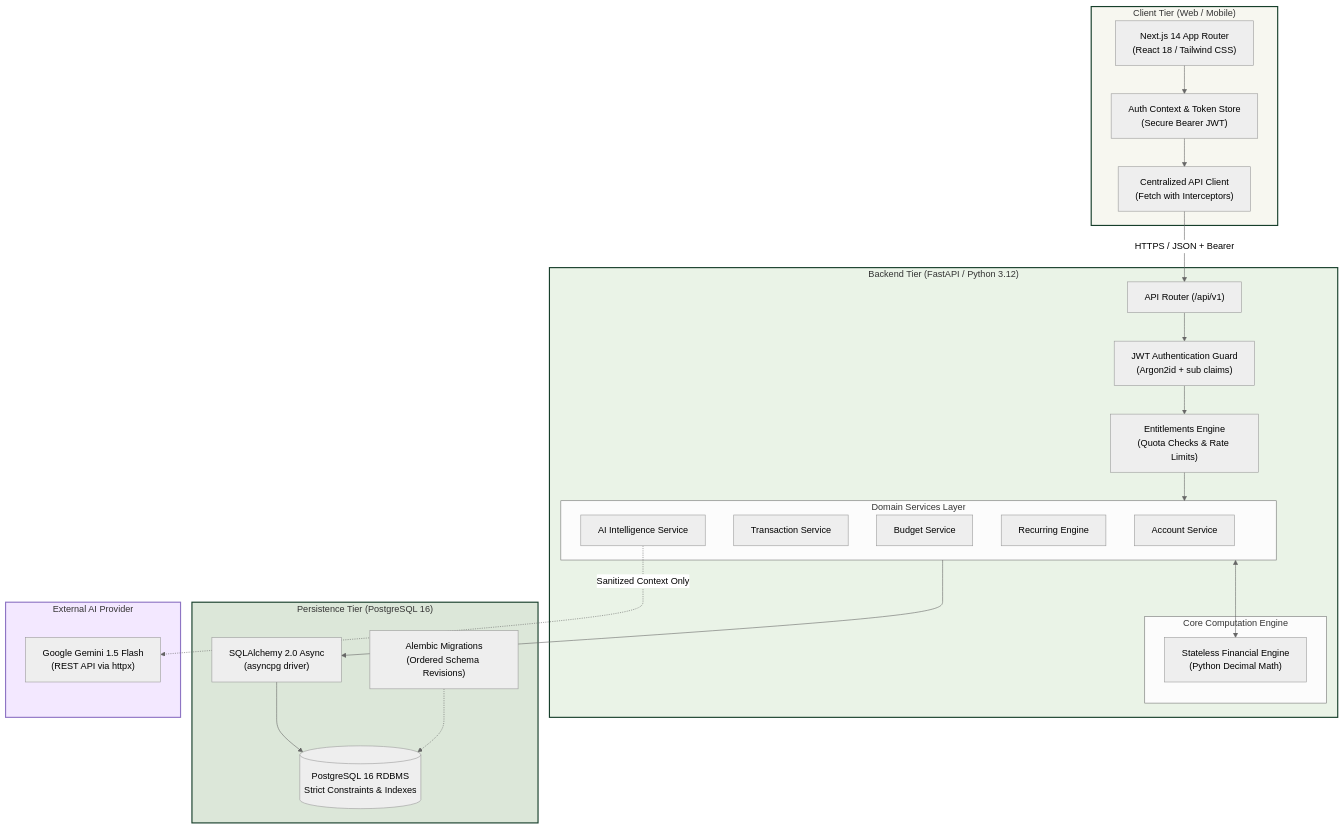
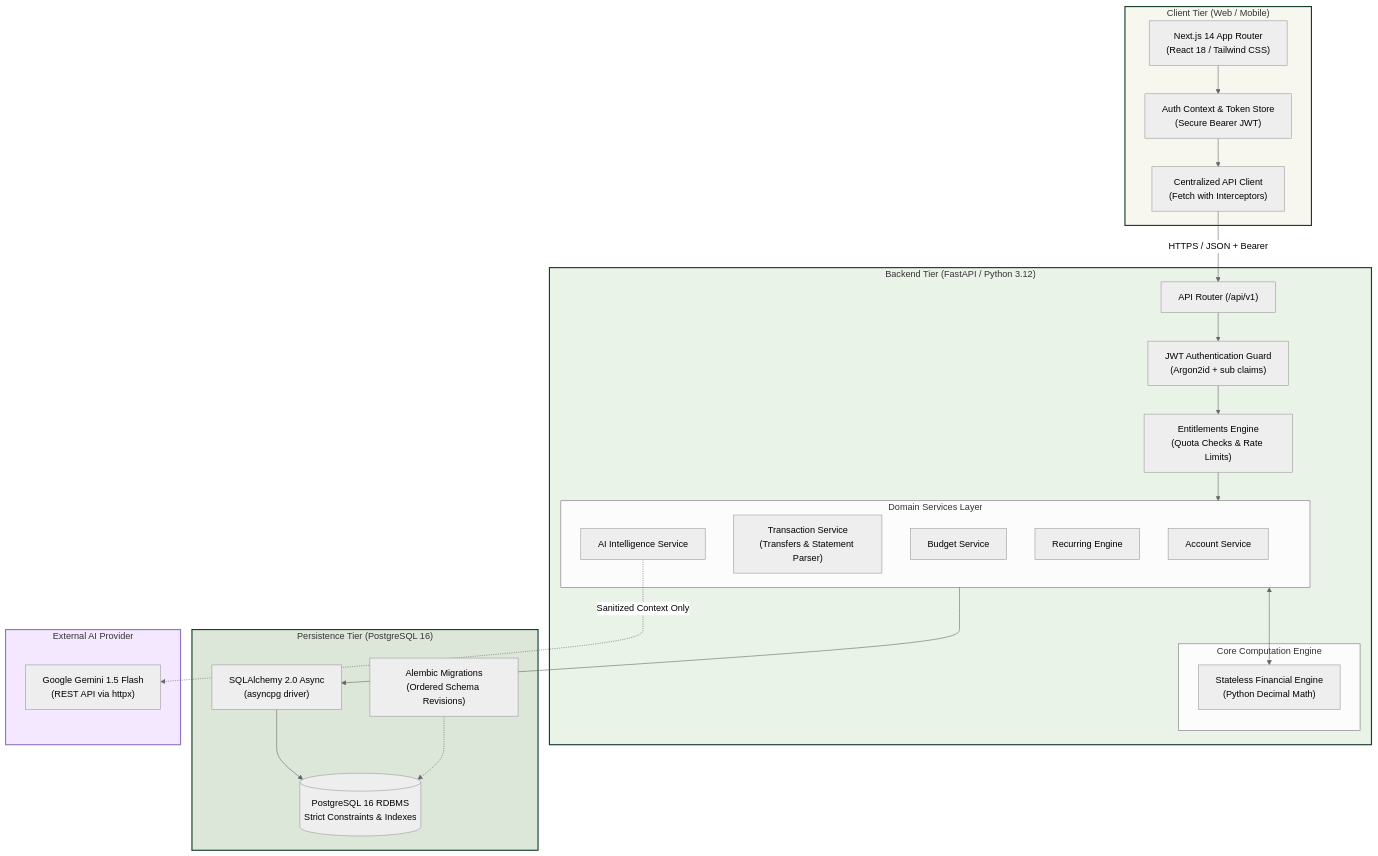
The first of 3 diagrams in README.md (nikhillakra2007-tech/finroq), drawn with Mermaid (neutral theme) before and after one commit. The commit also changed other lines of this file and 30 other files, not shown here.

````diff
--- a/README.md
+++ b/README.md
@@ -44,56 +45,56 @@
 ```mermaid
 flowchart TB
     subgraph CLIENT["Client Tier (Web / Mobile)"]
         UI["Next.js 14 App Router\n(React 18 / Tailwind CSS)"]
         AUTH_CTX["Auth Context & Token Store\n(Secure Bearer JWT)"]
         API_CLIENT["Centralized API Client\n(Fetch with Interceptors)"]
         UI --> AUTH_CTX
         AUTH_CTX --> API_CLIENT
     end
 
     subgraph BACKEND["Backend Tier (FastAPI / Python 3.12)"]
         ROUTER["API Router (/api/v1)"]
         AUTH_GUARD["JWT Authentication Guard\n(Argon2id + sub claims)"]
         ENTITLE["Entitlements Engine\n(Quota Checks & Rate Limits)"]
         
         API_CLIENT -- "HTTPS / JSON + Bearer" --> ROUTER
         ROUTER --> AUTH_GUARD
         AUTH_GUARD --> ENTITLE
         
         subgraph DOMAIN["Domain Services Layer"]
             ACC_SVC["Account Service"]
-            TXN_SVC["Transaction Service"]
+            TXN_SVC["Transaction Service\n(Transfers & Statement Parser)"]
             BUDGET_SVC["Budget Service"]
             REC_SVC["Recurring Engine"]
             AI_SVC["AI Intelligence Service"]
         end
         
         ENTITLE --> DOMAIN
         
         subgraph ENGINE["Core Computation Engine"]
             FIN_ENGINE["Stateless Financial Engine\n(Python Decimal Math)"]
         end
         
         DOMAIN <--> FIN_ENGINE
     end
 
     subgraph STORAGE["Persistence Tier (PostgreSQL 16)"]
         ORM["SQLAlchemy 2.0 Async\n(asyncpg driver)"]
         DB[(PostgreSQL 16 RDBMS\nStrict Constraints & Indexes)]
         MIGRATIONS["Alembic Migrations\n(Ordered Schema Revisions)"]
         
         DOMAIN --> ORM
         ORM --> DB
         MIGRATIONS -.-> DB
     end
 
     subgraph EXTERNAL["External AI Provider"]
         GEMINI["Google Gemini 1.5 Flash\n(REST API via httpx)"]
         AI_SVC -. "Sanitized Context Only" .-> GEMINI
     end
 
     style CLIENT fill:#F7F7F0,stroke:#173F2B,stroke-width:2px;
     style BACKEND fill:#EAF3E7,stroke:#173F2B,stroke-width:2px;
     style STORAGE fill:#DCE7D9,stroke:#173F2B,stroke-width:2px;
     style EXTERNAL fill:#F3E8FF,stroke:#8E75C4,stroke-width:2px;
 ```
````
